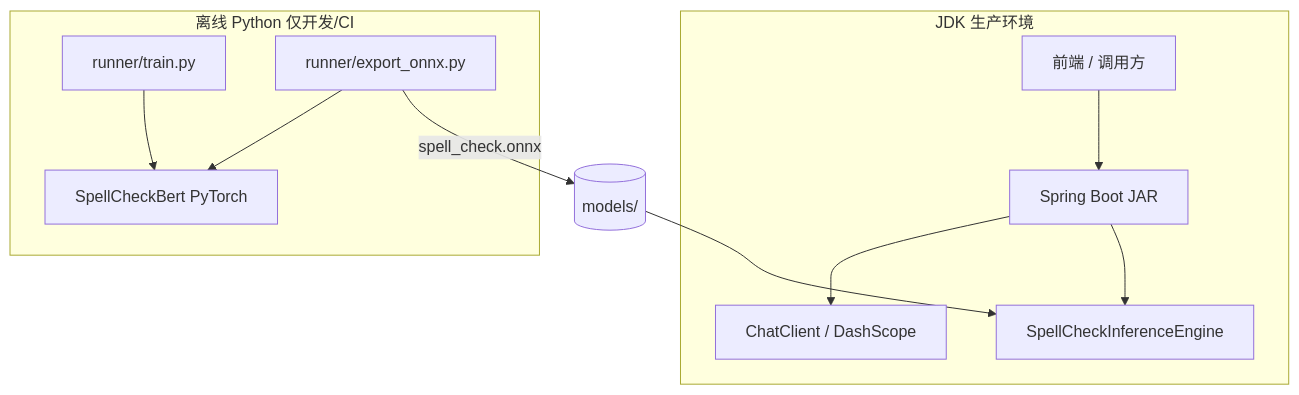
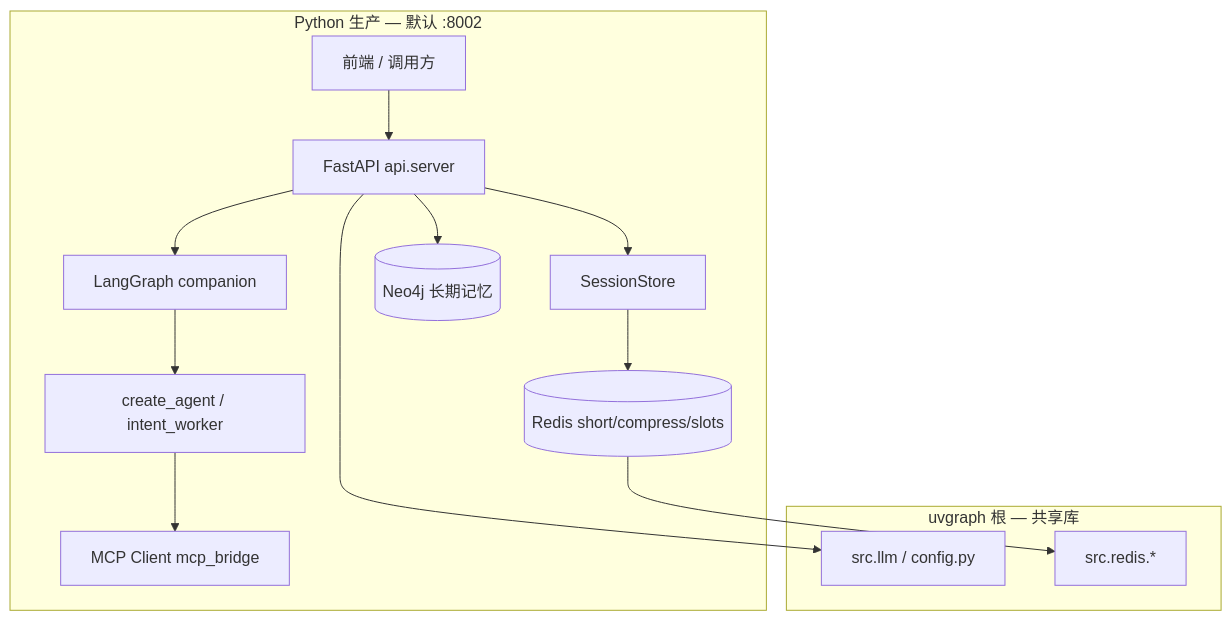
One commit to cuiyucheng996/B2C-Medical changed the diagram in .agents/skills/b2c-business/architecture.md. Above: the diagram before and after it, drawn with Mermaid. The commit also changed other lines of this file and 162 other files, not shown here.

Commit message:
Sync the LangGraph medical companion onto main.

````diff
--- a/.agents/skills/b2c-business/architecture.md
+++ b/.agents/skills/b2c-business/architecture.md
@@ -5,23 +5,28 @@
 ```mermaid
 flowchart TB
-    subgraph prod [JDK 生产环境]
+    subgraph prod [Python 生产 — 默认 :8002]
         Client[前端 / 调用方]
-        SB[Spring Boot JAR]
-        Chat[ChatClient / DashScope]
-        ONNX[SpellCheckInferenceEngine]
-        Client --> SB
-        SB --> Chat
-        SB --> ONNX
+        API[FastAPI api.server]
+        Store[SessionStore]
+        LG[LangGraph companion]
+        Agent[create_agent / intent_worker]
+        Redis[(Redis short/compress/slots)]
+        Neo[(Neo4j 长期记忆)]
+        MCP[MCP Client mcp_bridge]
+        Client --> API
+        API --> Store
+        API --> LG
+        LG --> Agent
+        Agent --> MCP
+        Store --> Redis
+        API --> Neo
     end
 
-    subgraph offline [离线 Python 仅开发/CI]
-        Train[runner/train.py]
-        Export[runner/export_onnx.py]
-        PT[SpellCheckBert PyTorch]
-        Train --> PT
-        Export --> PT
+    subgraph uvgraph [uvgraph 根 — 共享库]
+        LLM[src.llm / config.py]
+        RRedis[src.redis.*]
     end
 
-    Export -->|spell_check.onnx| Models[(models/)]
-    Models --> ONNX
+    API --> LLM
+    Redis --> RRedis
 ```
````
